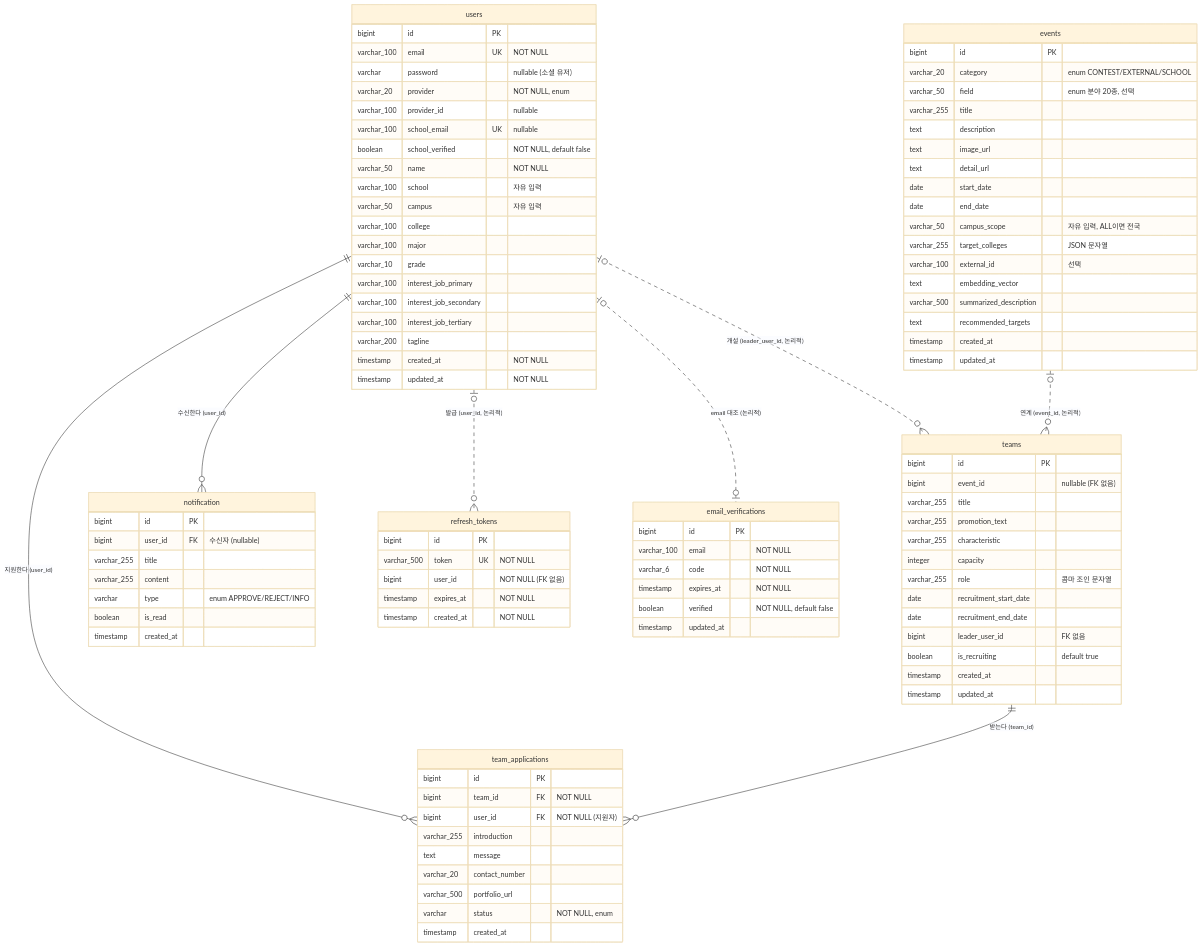
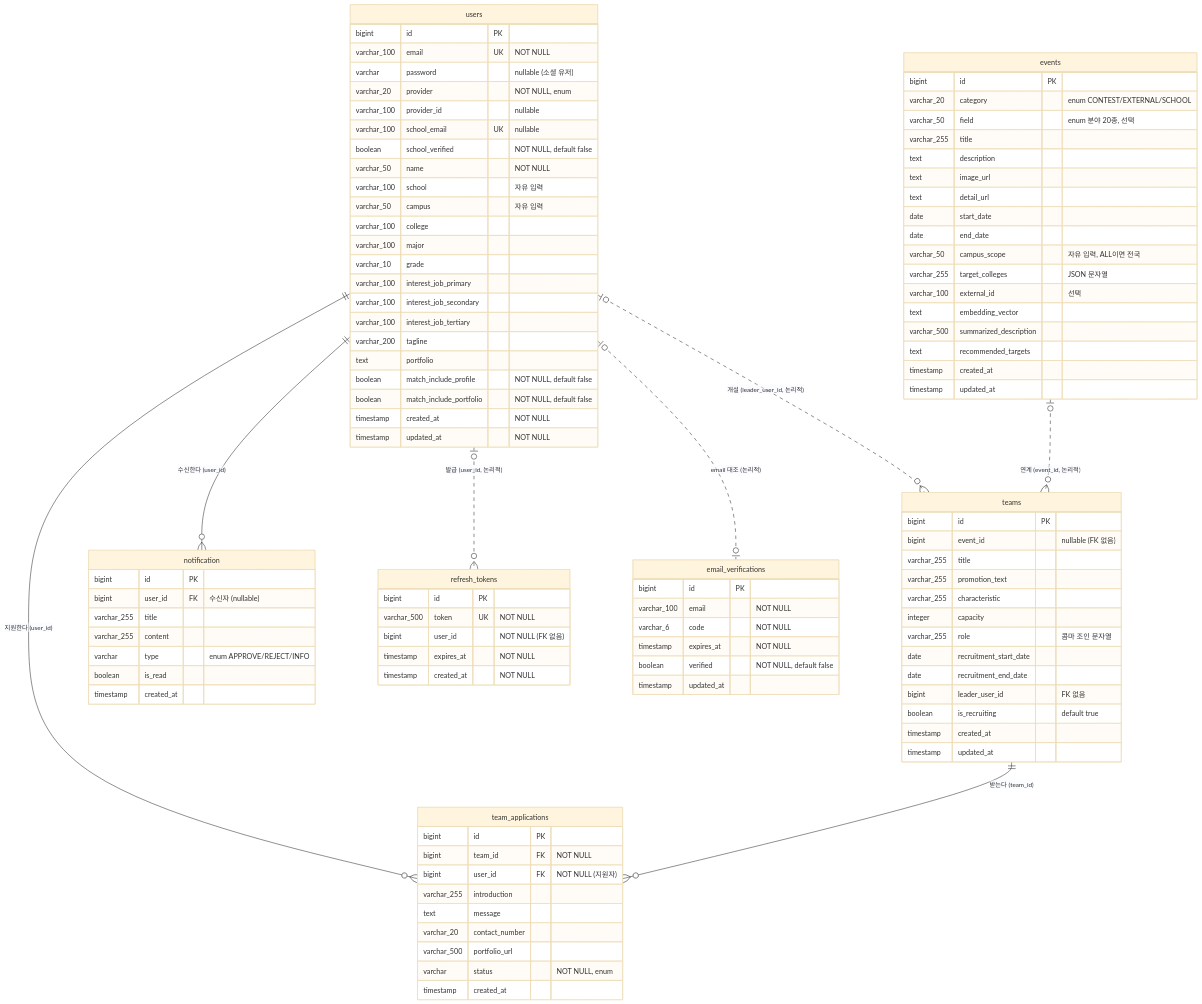
The diagram in docs/schema-db.md (eagleindesert/mateon-backend), drawn with Mermaid (base theme) before and after one commit. The commit also changed other lines of this file and 40 other files, not shown here.

```diff
--- a/docs/schema-db.md
+++ b/docs/schema-db.md
@@ -43,6 +43,9 @@
         varchar_100 interest_job_secondary
         varchar_100 interest_job_tertiary
         varchar_200 tagline
+        text portfolio
+        boolean match_include_profile "NOT NULL, default false"
+        boolean match_include_portfolio "NOT NULL, default false"
         timestamp created_at "NOT NULL"
         timestamp updated_at "NOT NULL"
     }
```
